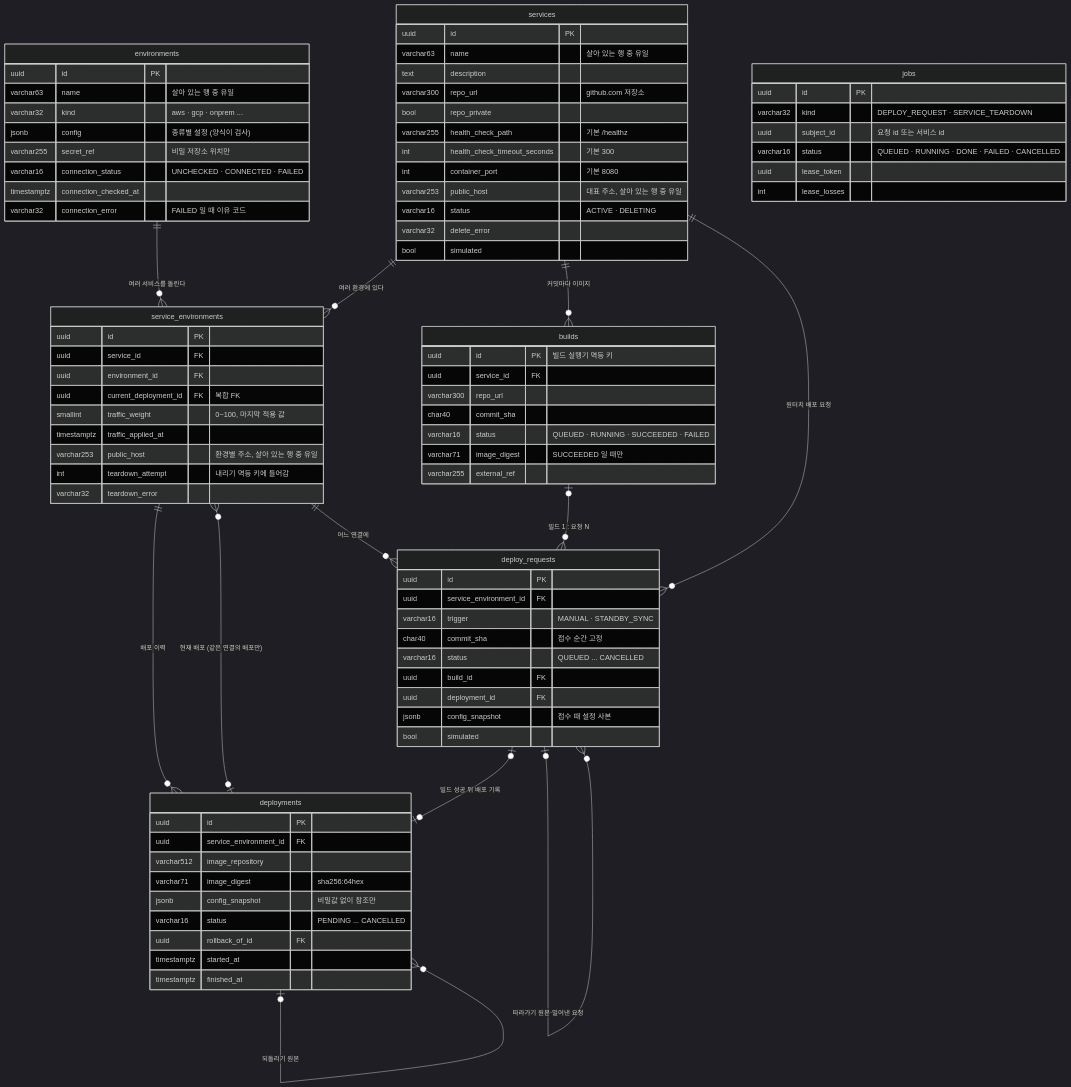
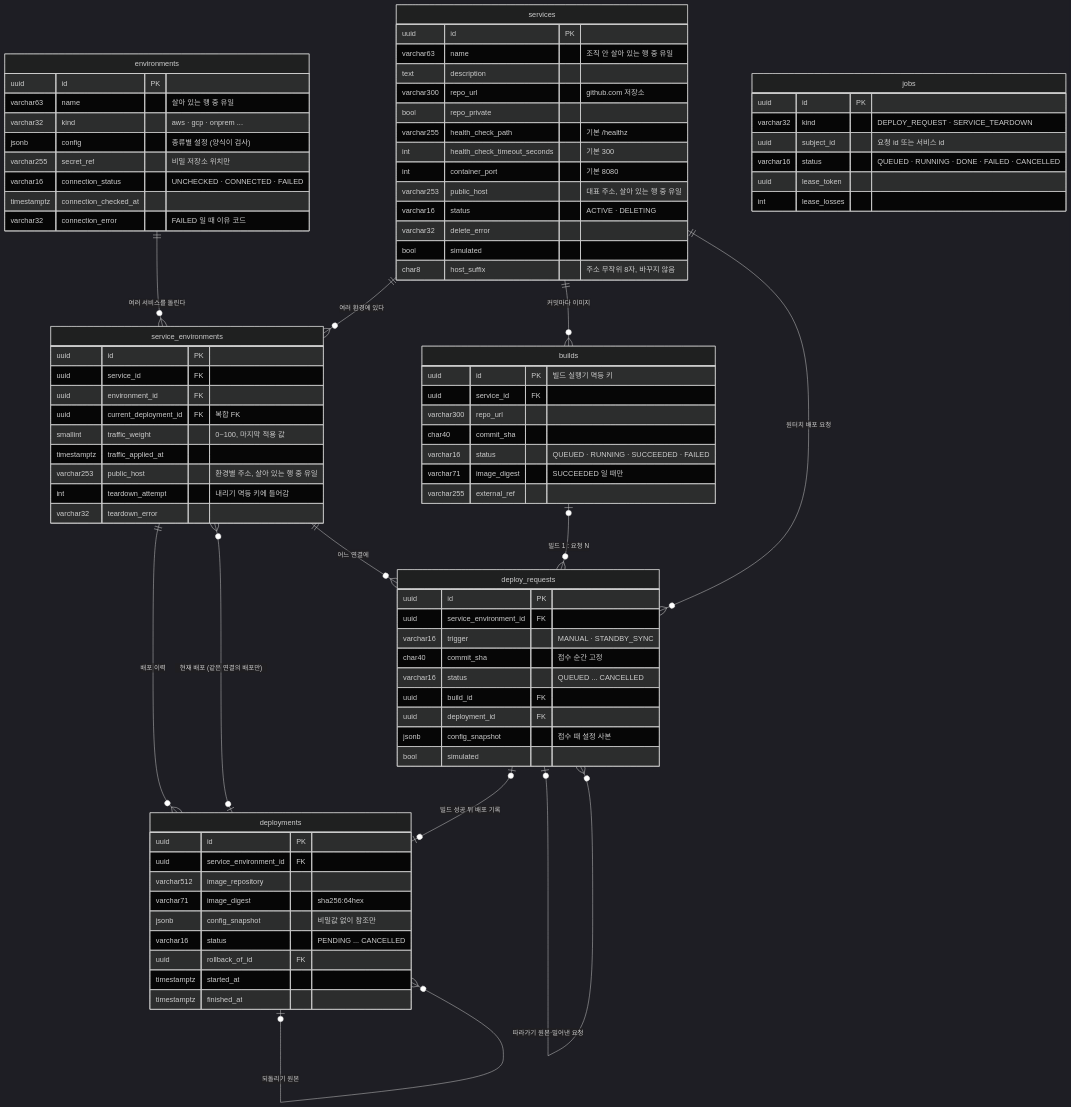
One commit to Softbank-Hackathon-2026-Team-Echo/echo-was changed the first of 6 diagrams in docs/schema.md. Above: the diagram before and after it, drawn with Mermaid (dark theme). The commit also changed other lines of this file and 9 other files, not shown here.

```diff
--- a/docs/schema.md
+++ b/docs/schema.md
@@ -29,7 +29,7 @@
 
     services {
         uuid id PK
-        varchar63 name "살아 있는 행 중 유일"
+        varchar63 name "조직 안 살아 있는 행 중 유일"
         text description
         varchar300 repo_url "github.com 저장소"
         bool repo_private
@@ -40,6 +40,7 @@
         varchar16 status "ACTIVE · DELETING"
         varchar32 delete_error
         bool simulated
+        char8 host_suffix "주소 무작위 8자, 바꾸지 않음"
     }
     builds {
         uuid id PK "빌드 실행기 멱등 키"
```
